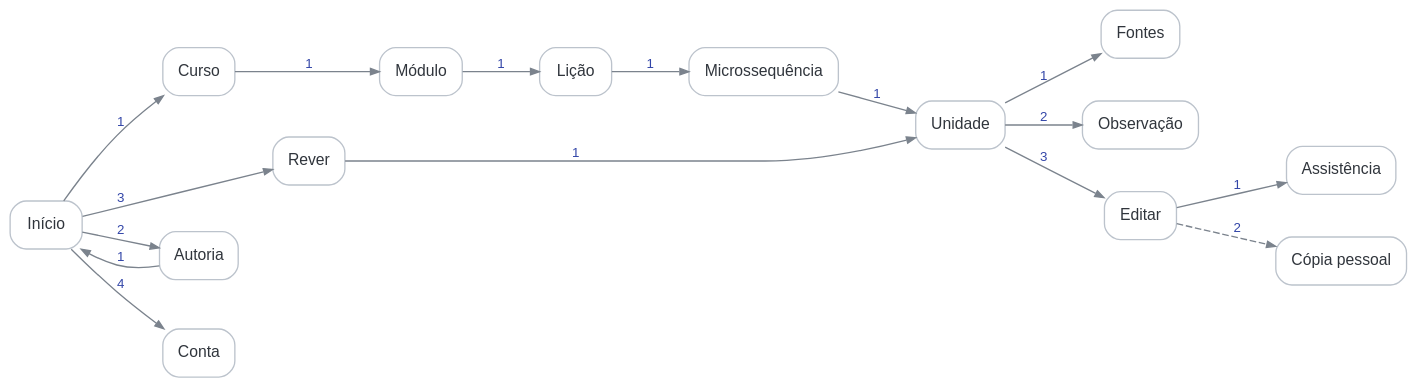
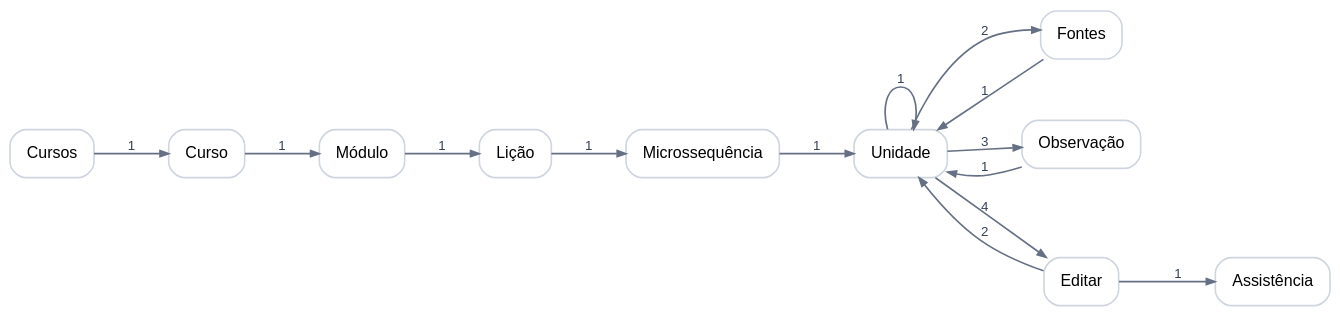
The diagram in ux-atlas/graphs/study.dot (fabio-ara/AraLearn), drawn with Graphviz before and after one commit.

Commit message:
Atualiza grafo de Estudo do atlas v6

```diff
--- a/ux-atlas/graphs/study.dot
+++ b/ux-atlas/graphs/study.dot
@@ -1,36 +1,29 @@
 digraph G {
-  graph [bgcolor="transparent", rankdir=LR, pad="0.22", nodesep="0.44", ranksep="0.72", splines="spline"];
-  node [shape=box, style="rounded,filled", fillcolor="#ffffff", color="#bcc3cc", fontcolor="#30353c", fontname="Arial", fontsize=11.8, margin="0.15,0.09"];
-  edge [color="#7b838d", fontcolor="#3346a8", fontname="Arial", fontsize=10, arrowsize=0.67];
-
-  study_home [label="Início"];
-  study_course [label="Curso"];
-  study_module [label="Módulo"];
-  study_lesson [label="Lição"];
-  study_micro [label="Microssequência"];
-  study_unit [label="Unidade"];
-  study_sources [label="Fontes"];
-  study_observation [label="Observação"];
-  study_edit [label="Editar"];
-  study_assist [label="Assistência"];
-  study_copy [label="Cópia pessoal"];
-  study_review [label="Rever"];
-  author_courses [label="Autoria"];
-  settings [label="Conta"];
-
-  study_home -> study_course [label="1"];
-  study_home -> author_courses [label="2"];
-  study_home -> study_review [label="3"];
-  study_home -> settings [label="4"];
-  author_courses -> study_home [label="1"];
-  study_course -> study_module [label="1"];
-  study_module -> study_lesson [label="1"];
-  study_lesson -> study_micro [label="1"];
-  study_micro -> study_unit [label="1"];
-  study_review -> study_unit [label="1"];
-  study_unit -> study_sources [label="1"];
-  study_unit -> study_observation [label="2"];
-  study_unit -> study_edit [label="3"];
-  study_edit -> study_assist [label="1"];
-  study_edit -> study_copy [label="2", style=dashed, class="conditional"];
+  graph [rankdir=LR,bgcolor="transparent",pad=.25,nodesep=.45,ranksep=.7,splines=spline]
+  node [shape=rect,style="rounded,filled",fillcolor="#ffffff",color="#cfd5df",penwidth=1.2,
+        fontname="Arial",fontsize=12,margin=".17,.11"]
+  edge [color="#667085",penwidth=1.25,arrowsize=.65,fontname="Arial",fontsize=10,fontcolor="#344054"]
+  library [label="Cursos"]
+  course [label="Curso"]
+  module [label="Módulo"]
+  lesson [label="Lição"]
+  micro [label="Microssequência"]
+  unit [label="Unidade"]
+  sources [label="Fontes"]
+  observation [label="Observação"]
+  edit [label="Editar"]
+  assist [label="Assistência"]
+  library -> course [label="1"]
+  course -> module [label="1"]
+  module -> lesson [label="1"]
+  lesson -> micro [label="1"]
+  micro -> unit [label="1"]
+  unit -> unit [label="1"]
+  unit -> sources [label="2"]
+  unit -> observation [label="3"]
+  unit -> edit [label="4"]
+  edit -> assist [label="1"]
+  sources -> unit [label="1"]
+  observation -> unit [label="1"]
+  edit -> unit [label="2"]
 }
```
